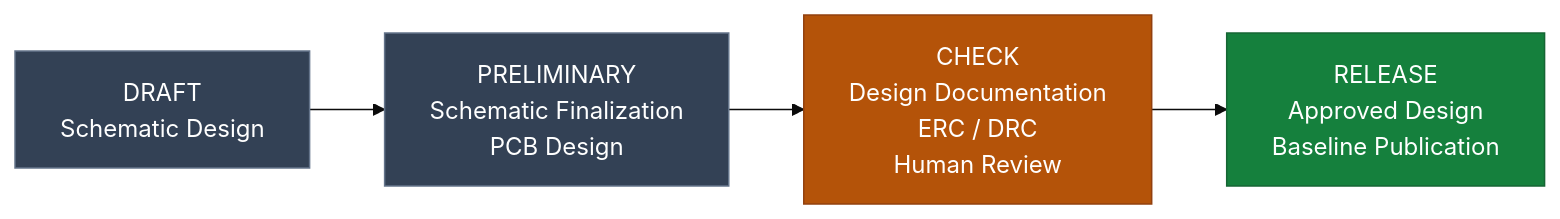
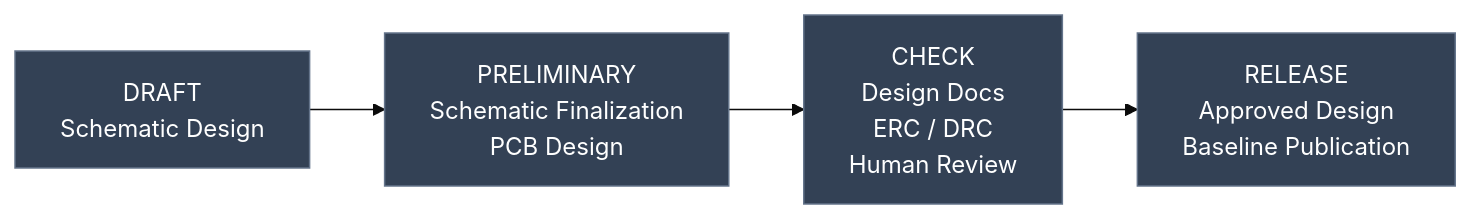
One commit to Natchpai/Hardware-Copilot changed the diagram in .claude/skills/project-readme/assets/readme_template.md. Above: the diagram before and after it, drawn with Mermaid (base theme). The commit also changed other lines of this file, not shown here.

Commit message:
feat: update project wf. diagram to change by current phase

````diff
--- a/.claude/skills/project-readme/assets/readme_template.md
+++ b/.claude/skills/project-readme/assets/readme_template.md
@@ -42,19 +42,20 @@
 ```mermaid
 flowchart LR
     A["DRAFT<br/>Schematic Design"]
     B["PRELIMINARY<br/>Schematic Finalization<br/>PCB Design"]
-    C["CHECK<br/>Design Documentation<br/>ERC / DRC<br/>Human Review"]
+    C["CHECK<br/>Design Docs<br/>ERC / DRC<br/>Human Review"]
     D["RELEASE<br/>Approved Design<br/>Baseline Publication"]
 
     A --> B
     B --> C
     C --> D
 
-    classDef active fill:#334155,color:#ffffff,stroke:#64748b
+    classDef inactive fill:#334155,color:#ffffff,stroke:#64748b
     classDef review fill:#b45309,color:#ffffff,stroke:#92400e
-    classDef released fill:#15803d,color:#ffffff,stroke:#166534
+    classDef done fill:#15803d,color:#ffffff,stroke:#166534
 
-    class A,B active
-    class C review
-    class D released
+    class A inactive
+    class B inactive
+    class C inactive
+    class D inactive
 ```
````
